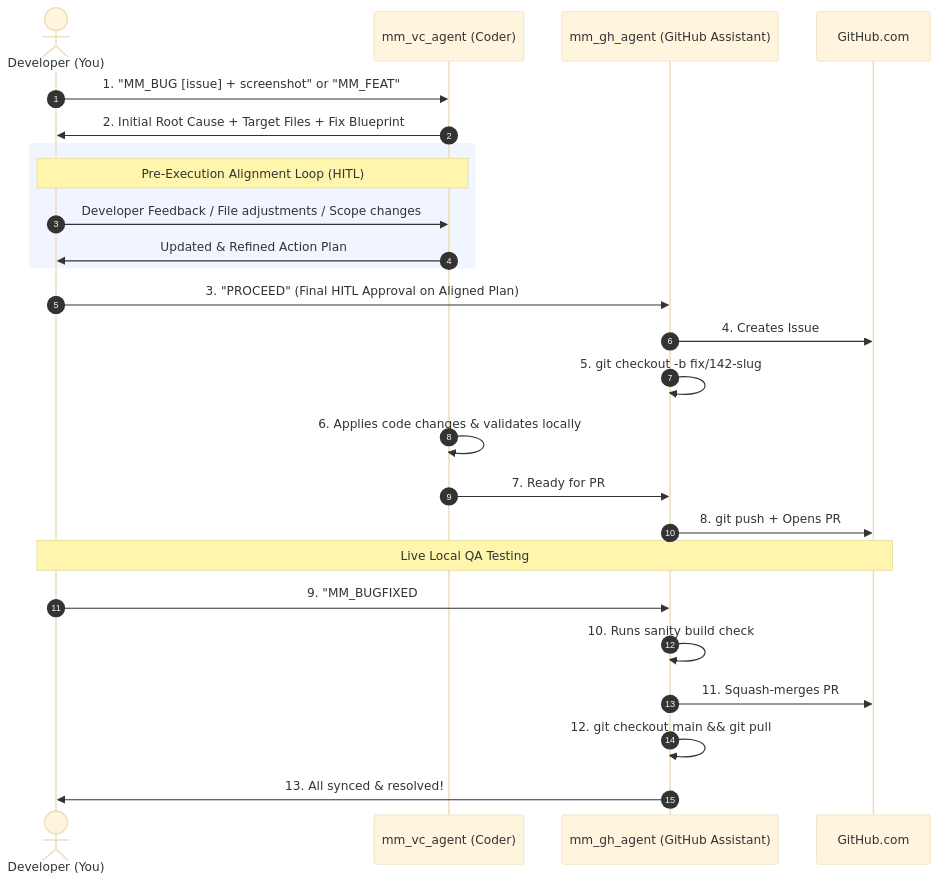
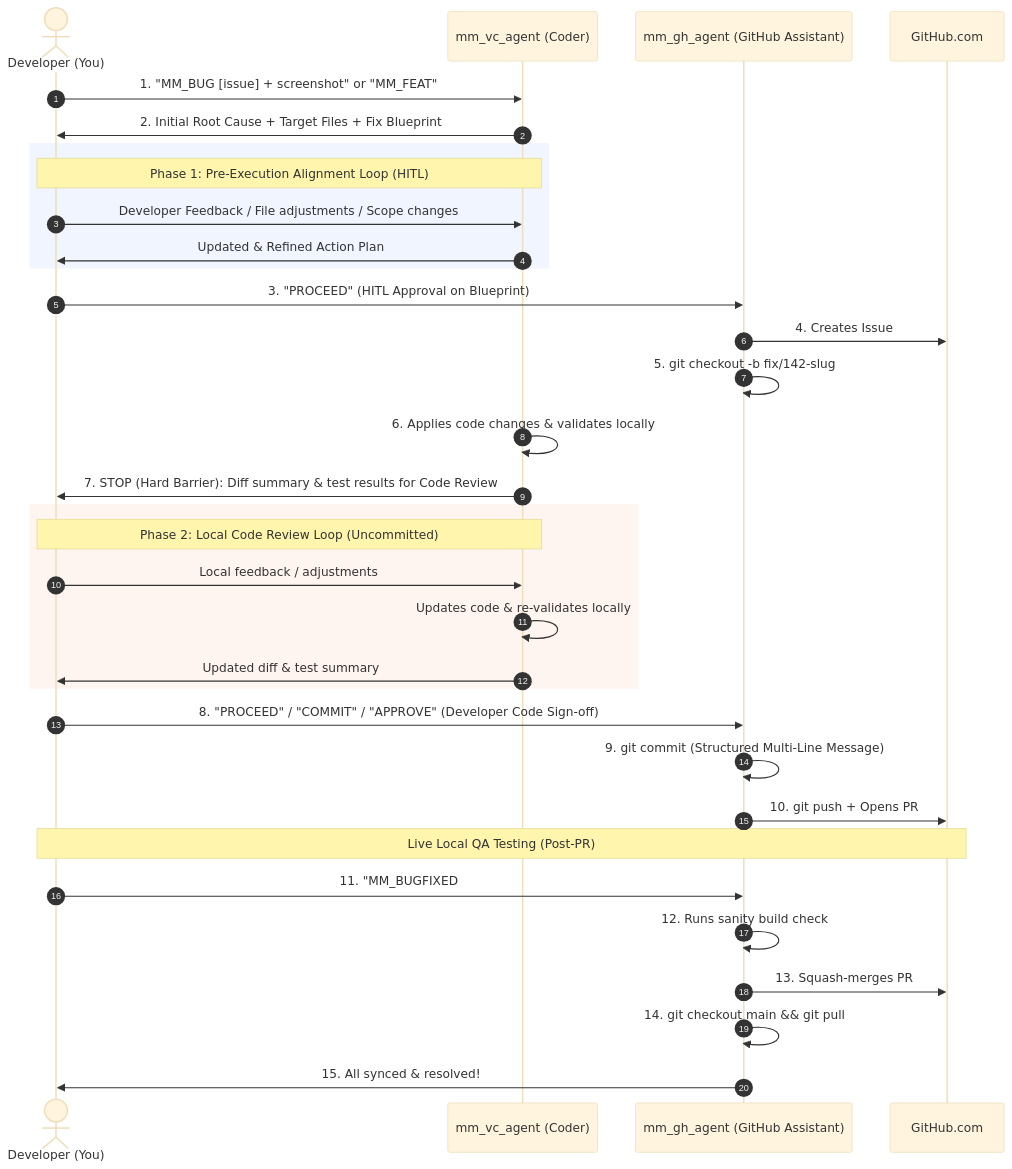
One commit to mustafamalik/mm_github_assist changed the diagram in README.md. Above: the diagram before and after it, drawn with Mermaid (base theme). The commit also changed other lines of this file and 7 other files, not shown here.

First line of the commit message:
feat(#27): add developer code review hard barrier and token optimization architecture (#28)

````diff
--- a/README.md
+++ b/README.md
@@ -159,30 +159,40 @@
 ```mermaid
 sequenceDiagram
     autonumber
     actor Dev as Developer (You)
     participant VC as mm_vc_agent (Coder)
     participant GH as mm_gh_agent (GitHub Assistant)
     participant Remote as GitHub.com
 
     Dev->>VC: 1. "MM_BUG [issue] + screenshot" or "MM_FEAT"
     VC->>Dev: 2. Initial Root Cause + Target Files + Fix Blueprint
 
     rect rgb(240, 245, 255)
-        note over Dev,VC: Pre-Execution Alignment Loop (HITL)
+        note over Dev,VC: Phase 1: Pre-Execution Alignment Loop (HITL)
         Dev->>VC: Developer Feedback / File adjustments / Scope changes
         VC->>Dev: Updated & Refined Action Plan
     end
 
-    Dev->>GH: 3. "PROCEED" (Final HITL Approval on Aligned Plan)
+    Dev->>GH: 3. "PROCEED" (HITL Approval on Blueprint)
     GH->>Remote: 4. Creates Issue #142 (Embeds Final Aligned Blueprint)
     GH->>GH: 5. git checkout -b fix/142-slug
     VC->>VC: 6. Applies code changes & validates locally
-    VC->>GH: 7. Ready for PR
-    GH->>Remote: 8. git push + Opens PR #143 (Closes #142)
-    Note over Dev,Remote: Live Local QA Testing
-    Dev->>GH: 9. "MM_BUGFIXED #142"
-    GH->>GH: 10. Runs sanity build check
-    GH->>Remote: 11. Squash-merges PR #143 & closes Issue #142
-    GH->>GH: 12. git checkout main && git pull
-    GH->>Dev: 13. All synced & resolved!
+    VC->>Dev: 7. STOP (Hard Barrier): Diff summary & test results for Code Review
+
+    rect rgb(255, 245, 240)
+        note over Dev,VC: Phase 2: Local Code Review Loop (Uncommitted)
+        Dev->>VC: Local feedback / adjustments
+        VC->>VC: Updates code & re-validates locally
+        VC->>Dev: Updated diff & test summary
+    end
+
+    Dev->>GH: 8. "PROCEED" / "COMMIT" / "APPROVE" (Developer Code Sign-off)
+    GH->>GH: 9. git commit (Structured Multi-Line Message)
+    GH->>Remote: 10. git push + Opens PR #143 (Closes #142)
+    Note over Dev,Remote: Live Local QA Testing (Post-PR)
+    Dev->>GH: 11. "MM_BUGFIXED #142"
+    GH->>GH: 12. Runs sanity build check
+    GH->>Remote: 13. Squash-merges PR #143 & closes Issue #142
+    GH->>GH: 14. git checkout main && git pull
+    GH->>Dev: 15. All synced & resolved!
 ```
````
